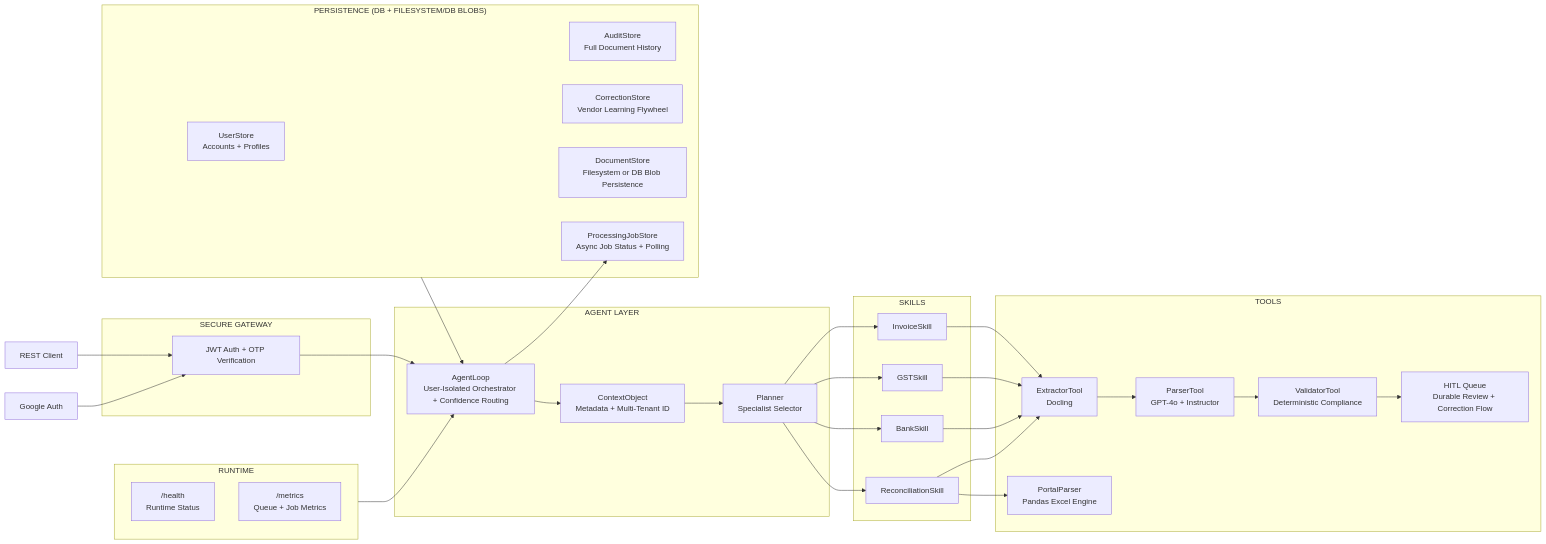
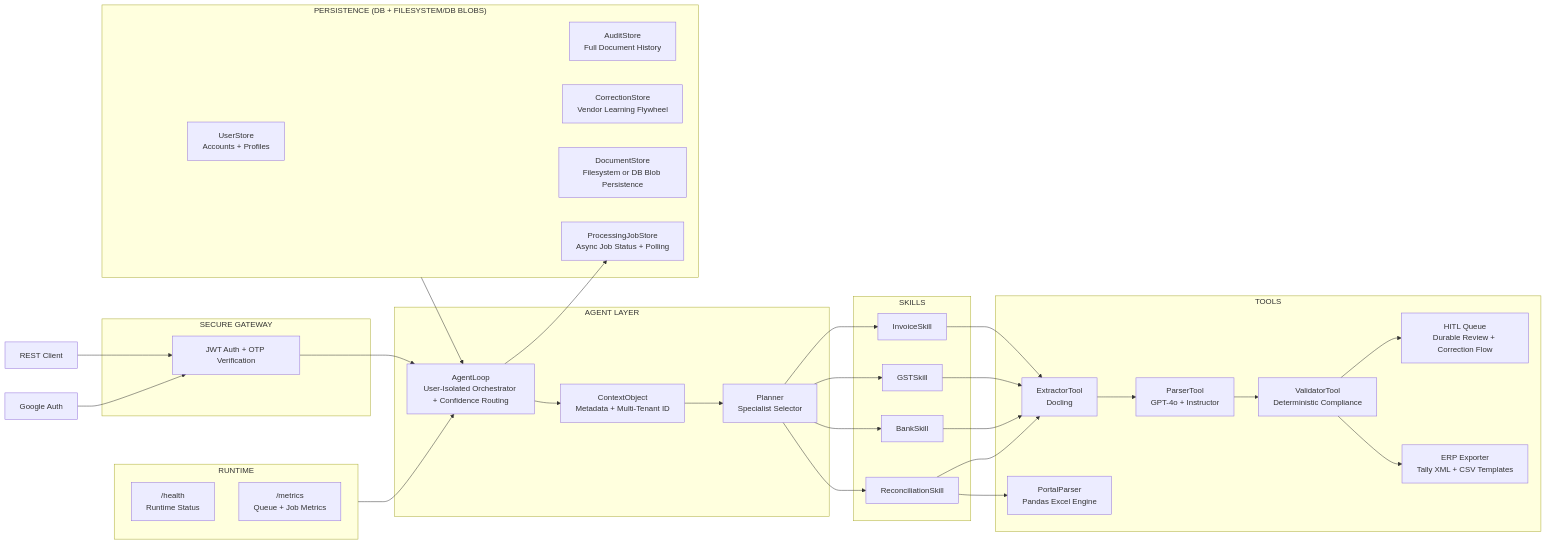
One commit to tanishra/taxyn changed the diagram in README.md. Above: the diagram before and after it, drawn with Mermaid. The commit also changed other lines of this file, not shown here.

Commit message:
update README to document invoice ERP export flow and current file-based integration support

````diff
--- a/README.md
+++ b/README.md
@@ -41,53 +42,55 @@
 ```mermaid
 graph LR
     A["REST Client"] --> G1
     B["Google Auth"] --> G1
 
     subgraph GATEWAY["SECURE GATEWAY"]
         G1["JWT Auth + OTP Verification"]
     end
 
     subgraph AGENT["AGENT LAYER"]
         AL["AgentLoop\nUser-Isolated Orchestrator + Confidence Routing"]
         CO["ContextObject\nMetadata + Multi-Tenant ID"]
         PL["Planner\nSpecialist Selector"]
     end
 
     subgraph SKILLS["SKILLS"]
         S1["InvoiceSkill"]
         S2["GSTSkill"]
         S3["BankSkill"]
         S4["ReconciliationSkill"]
     end
 
     subgraph TOOLS["TOOLS"]
         T1["ExtractorTool\nDocling"]
         T2["ParserTool\nGPT-4o + Instructor"]
         T3["ValidatorTool\nDeterministic Compliance"]
         T4["PortalParser\nPandas Excel Engine"]
         T5["HITL Queue\nDurable Review + Correction Flow"]
+        T6["ERP Exporter\nTally XML + CSV Templates"]
     end
 
     subgraph MEMORY["PERSISTENCE (DB + FILESYSTEM/DB BLOBS)"]
         M1["UserStore\nAccounts + Profiles"]
         M2["AuditStore\nFull Document History"]
         M3["CorrectionStore\nVendor Learning Flywheel"]
         M4["DocumentStore\nFilesystem or DB Blob Persistence"]
         M5["ProcessingJobStore\nAsync Job Status + Polling"]
     end
 
     subgraph OPS["RUNTIME"]
         O1["/health\nRuntime Status"]
         O2["/metrics\nQueue + Job Metrics"]
     end
 
     G1 --> AL
     AL --> CO --> PL
     PL --> S1 & S2 & S3 & S4
     S1 & S2 & S3 & S4 --> T1 --> T2 --> T3
     S4 --> T4
     T3 --> T5
+    T3 --> T6
     MEMORY --> AL
     AL --> M5
     OPS --> AL
 ```
````
